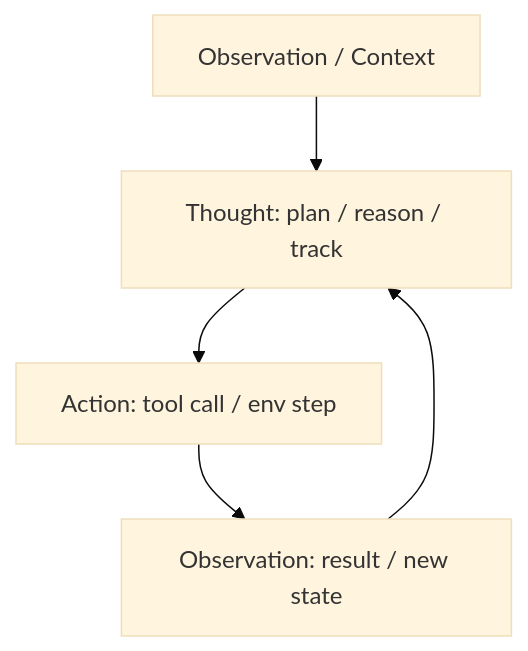
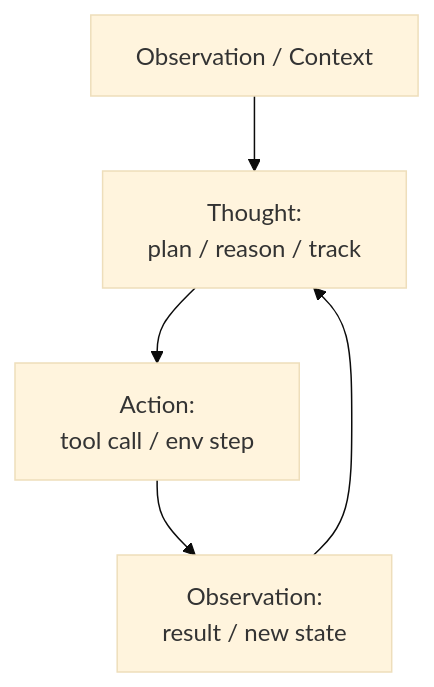
One commit to SaoHuaJi/Learning-Records changed the diagram in References/Prompt Engineering/ReAct.md. Above: the diagram before and after it, drawn with Mermaid (base theme). The commit also changed other lines of this file, not shown here.

````diff
--- a/References/Prompt Engineering/ReAct.md
+++ b/References/Prompt Engineering/ReAct.md
@@ -80,7 +68,16 @@
 ```mermaid
 flowchart TD
-  O[Observation / Context] --> T[Thought: plan / reason / track]
-  T --> A[Action: tool call / env step]
-  A --> O2[Observation: result / new state]
+  O[Observation / Context] --> T["
+    Thought: 
+    plan / reason / track
+  "]
+  T --> A["
+    Action: 
+    tool call / env step
+  "]
+  A --> O2["
+    Observation: 
+    result / new state
+  "]
   O2 --> T
 ```
````
